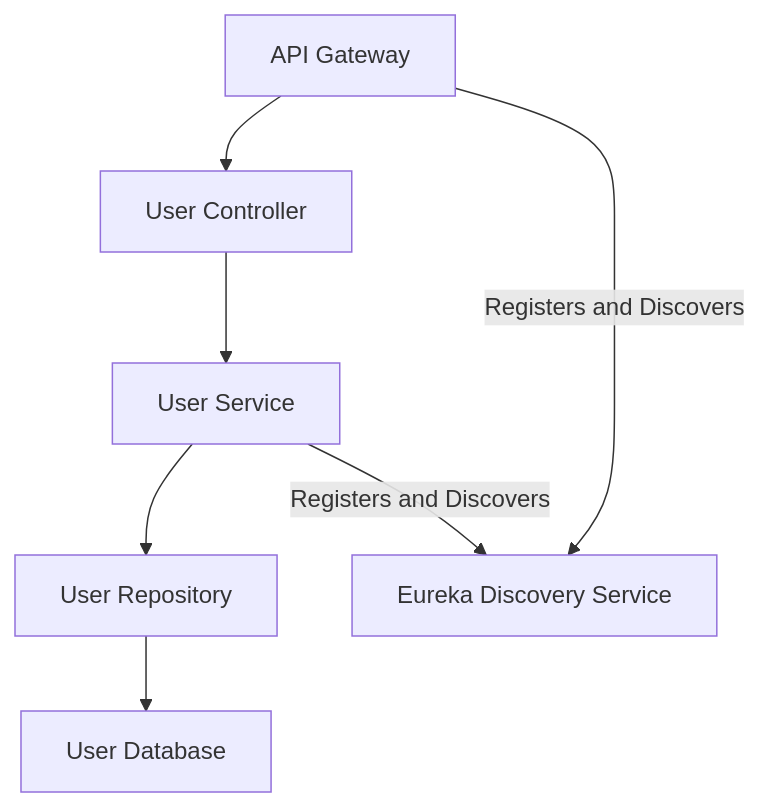
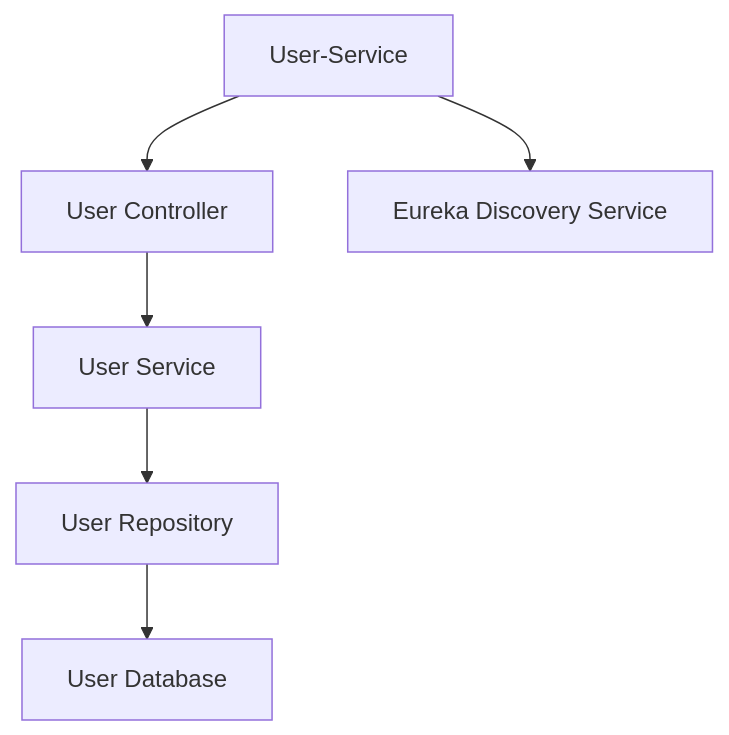
One commit to bharadwajm101/ParkingModule changed the first of 2 diagrams in README.md. Above: the diagram before and after it, drawn with Mermaid. The commit also changed other lines of this file, not shown here.

````diff
--- a/README.md
+++ b/README.md
@@ -61,9 +65,8 @@
 ```mermaid
 graph TD
-    A[API Gateway] --> B[User Controller]
+    A[User-Service] --> B[User Controller]
     B --> C[User Service]
     C --> D[User Repository]
     D --> E[User Database]
-    A -- Registers and Discovers --> F[Eureka Discovery Service]
-    C -- Registers and Discovers --> F
+    A --> F[Eureka Discovery Service]
 ```
````
